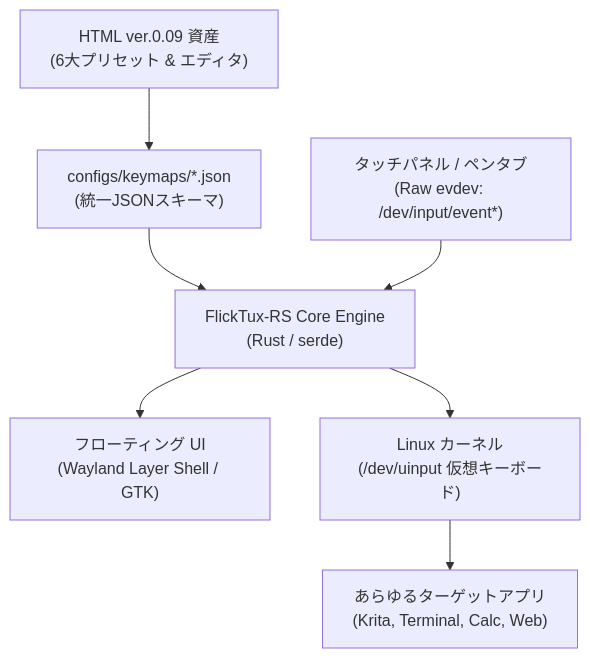
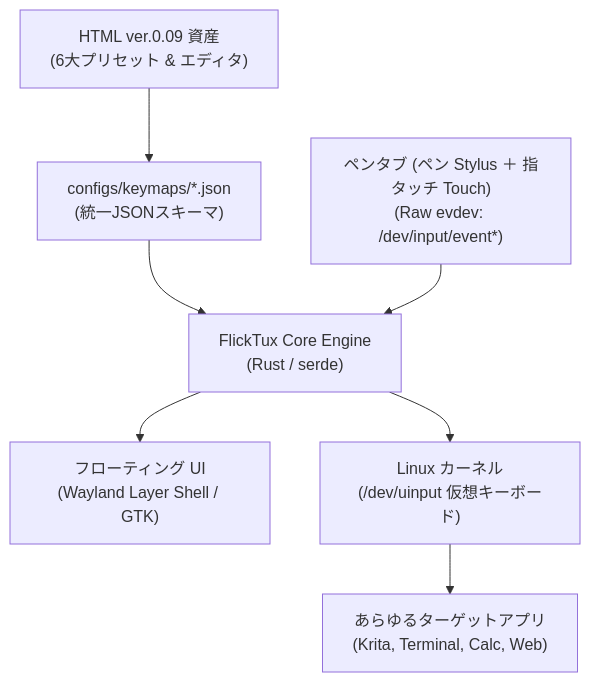
The diagram in flktux/docs/FLICKTUX_RS_CYBERDECK_SPEC.md (2theparadise-blip/FlickTux), drawn with Mermaid before and after one commit. The commit also changed other lines of this file and 36 other files, not shown here.

````diff
--- a/flktux/docs/FLICKTUX_RS_CYBERDECK_SPEC.md
+++ b/flktux/docs/FLICKTUX_RS_CYBERDECK_SPEC.md
@@ -30,11 +39,11 @@
 ```mermaid
 graph TD
     HTML["HTML ver.0.09 資産<br>(6大プリセット & エディタ)"] --> JSON["configs/keymaps/*.json<br>(統一JSONスキーマ)"]
-    JSON --> CORE["FlickTux-RS Core Engine<br>(Rust / serde)"]
+    JSON --> CORE["FlickTux Core Engine<br>(Rust / serde)"]
     
-    TOUCH["タッチパネル / ペンタブ<br>(Raw evdev: /dev/input/event*)"] --> CORE
+    TOUCH["ペンタブ (ペン Stylus ＋ 指タッチ Touch)<br>(Raw evdev: /dev/input/event*)"] --> CORE
     CORE --> UI["フローティング UI<br>(Wayland Layer Shell / GTK)"]
     CORE --> UINPUT["Linux カーネル<br>(/dev/uinput 仮想キーボード)"]
     
     UINPUT --> OS["あらゆるターゲットアプリ<br>(Krita, Terminal, Calc, Web)"]
 ```
````
